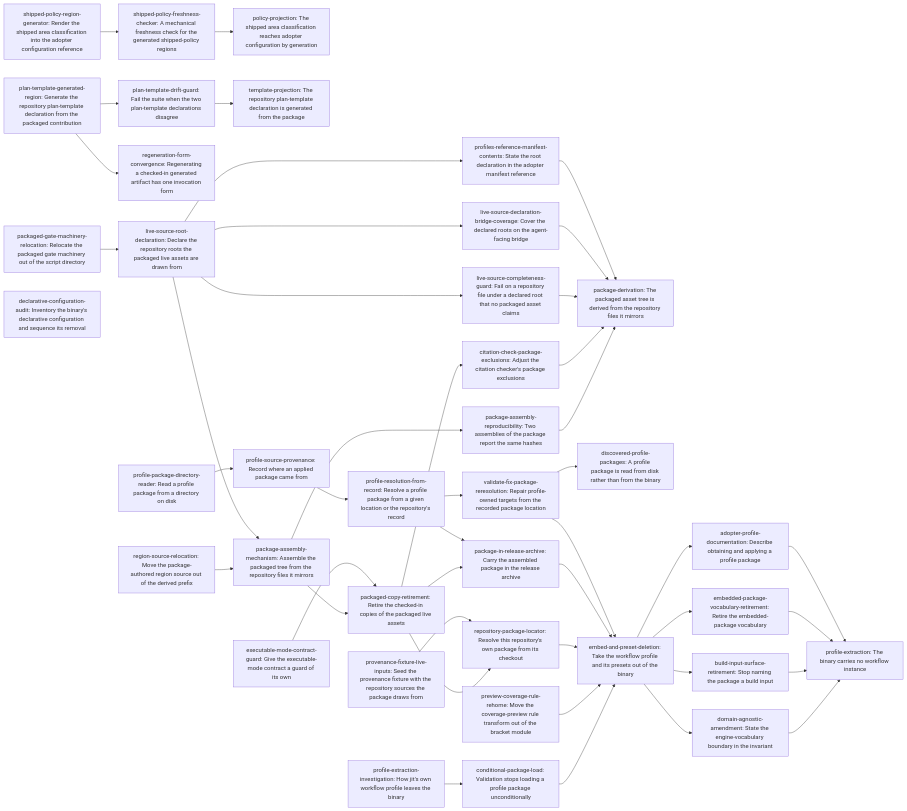
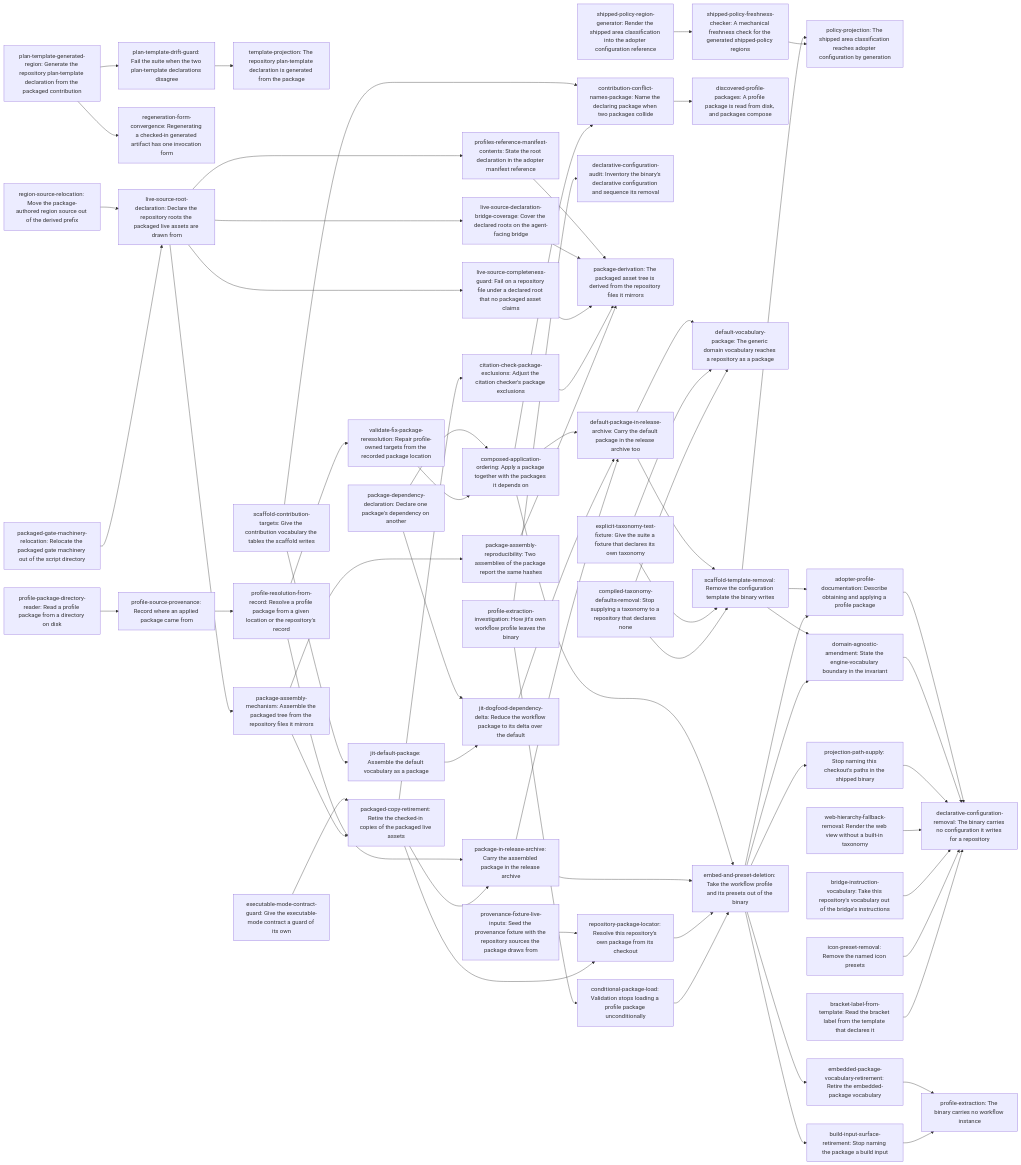
The diagram in dev/active/e204e63d-derived-package-sources/e204e63d-plan.md (erankavija/just-in-time), drawn with Mermaid before and after one commit. The commit also changed other lines of this file and 7 other files, not shown here.

First line of the commit message:
chore(jit:e204e63d): converge the graph on the split-story re-plan

````diff
--- a/dev/active/e204e63d-derived-package-sources/e204e63d-plan.md
+++ b/dev/active/e204e63d-derived-package-sources/e204e63d-plan.md
@@ -311,79 +384,120 @@
     N1["shipped-policy-freshness-checker: A mechanical freshness check for the generated shipped-policy regions"]
     N2["plan-template-generated-region: Generate the repository plan-template declaration from the packaged contribution"]
     N3["plan-template-drift-guard: Fail the suite when the two plan-template declarations disagree"]
-    N4["policy-projection: The shipped area classification reaches adopter configuration by generation"]
-    N5["template-projection: The repository plan-template declaration is generated from the package"]
-    N6["provenance-fixture-live-inputs: Seed the provenance fixture with the repository sources the package draws from"]
-    N7["executable-mode-contract-guard: Give the executable-mode contract a guard of its own"]
+    N4["template-projection: The repository plan-template declaration is generated from the package"]
+    N5["provenance-fixture-live-inputs: Seed the provenance fixture with the repository sources the package draws from"]
+    N6["executable-mode-contract-guard: Give the executable-mode contract a guard of its own"]
+    N7["policy-projection: The shipped area classification reaches adopter configuration by generation"]
     N8["profile-extraction-investigation: How jit's own workflow profile leaves the binary"]
     N9["conditional-package-load: Validation stops loading a profile package unconditionally"]
     N10["packaged-gate-machinery-relocation: Relocate the packaged gate machinery out of the script directory"]
     N11["regeneration-form-convergence: Regenerating a checked-in generated artifact has one invocation form"]
-    N12["region-source-relocation: Move the package-authored region source out of the derived prefix"]
-    N13["live-source-root-declaration: Declare the repository roots the packaged live assets are drawn from"]
-    N14["package-assembly-mechanism: Assemble the packaged tree from the repository files it mirrors"]
-    N15["package-assembly-reproducibility: Two assemblies of the package report the same hashes"]
-    N16["packaged-copy-retirement: Retire the checked-in copies of the packaged live assets"]
-    N17["citation-check-package-exclusions: Adjust the citation checker's package exclusions"]
-    N18["live-source-completeness-guard: Fail on a repository file under a declared root that no packaged asset claims"]
-    N19["live-source-declaration-bridge-coverage: Cover the declared roots on the agent-facing bridge"]
-    N20["profiles-reference-manifest-contents: State the root declaration in the adopter manifest reference"]
-    N21["package-derivation: The packaged asset tree is derived from the repository files it mirrors"]
-    N22["profile-package-directory-reader: Read a profile package from a directory on disk"]
-    N23["profile-source-provenance: Record where an applied package came from"]
-    N24["profile-resolution-from-record: Resolve a profile package from a given location or the repository's record"]
-    N25["validate-fix-package-reresolution: Repair profile-owned targets from the recorded package location"]
-    N26["discovered-profile-packages: A profile package is read from disk rather than from the binary"]
-    N27["preview-coverage-rule-rehome: Move the coverage-preview rule transform out of the bracket module"]
-    N28["repository-package-locator: Resolve this repository's own package from its checkout"]
-    N29["package-in-release-archive: Carry the assembled package in the release archive"]
-    N30["embed-and-preset-deletion: Take the workflow profile and its presets out of the binary"]
-    N31["domain-agnostic-amendment: State the engine-vocabulary boundary in the invariant"]
-    N32["build-input-surface-retirement: Stop naming the package a build input"]
-    N33["embedded-package-vocabulary-retirement: Retire the embedded-package vocabulary"]
-    N34["adopter-profile-documentation: Describe obtaining and applying a profile package"]
-    N35["declarative-configuration-audit: Inventory the binary's declarative configuration and sequence its removal"]
-    N36["profile-extraction: The binary carries no workflow instance"]
+    N12["declarative-configuration-audit: Inventory the binary's declarative configuration and sequence its removal"]
+    N13["region-source-relocation: Move the package-authored region source out of the derived prefix"]
+    N14["live-source-root-declaration: Declare the repository roots the packaged live assets are drawn from"]
+    N15["package-assembly-mechanism: Assemble the packaged tree from the repository files it mirrors"]
+    N16["package-assembly-reproducibility: Two assemblies of the package report the same hashes"]
+    N17["packaged-copy-retirement: Retire the checked-in copies of the packaged live assets"]
+    N18["citation-check-package-exclusions: Adjust the citation checker's package exclusions"]
+    N19["live-source-completeness-guard: Fail on a repository file under a declared root that no packaged asset claims"]
+    N20["live-source-declaration-bridge-coverage: Cover the declared roots on the agent-facing bridge"]
+    N21["profiles-reference-manifest-contents: State the root declaration in the adopter manifest reference"]
+    N22["package-derivation: The packaged asset tree is derived from the repository files it mirrors"]
+    N23["profile-package-directory-reader: Read a profile package from a directory on disk"]
+    N24["profile-source-provenance: Record where an applied package came from"]
+    N25["profile-resolution-from-record: Resolve a profile package from a given location or the repository's record"]
+    N26["validate-fix-package-reresolution: Repair profile-owned targets from the recorded package location"]
+    N27["package-dependency-declaration: Declare one package's dependency on another"]
+    N28["scaffold-contribution-targets: Give the contribution vocabulary the tables the scaffold writes"]
+    N29["composed-application-ordering: Apply a package together with the packages it depends on"]
+    N30["contribution-conflict-names-package: Name the declaring package when two packages collide"]
+    N31["discovered-profile-packages: A profile package is read from disk, and packages compose"]
+    N32["compiled-taxonomy-defaults-removal: Stop supplying a taxonomy to a repository that declares none"]
+    N33["explicit-taxonomy-test-fixture: Give the suite a fixture that declares its own taxonomy"]
+    N34["jit-default-package: Assemble the default vocabulary as a package"]
+    N35["jit-dogfood-dependency-delta: Reduce the workflow package to its delta over the default"]
+    N36["package-in-release-archive: Carry the assembled package in the release archive"]
+    N37["default-package-in-release-archive: Carry the default package in the release archive too"]
+    N38["default-vocabulary-package: The generic domain vocabulary reaches a repository as a package"]
+    N39["repository-package-locator: Resolve this repository's own package from its checkout"]
+    N40["embed-and-preset-deletion: Take the workflow profile and its presets out of the binary"]
+    N41["scaffold-template-removal: Remove the configuration template the binary writes"]
+    N42["bracket-label-from-template: Read the bracket label from the template that declares it"]
+    N43["icon-preset-removal: Remove the named icon presets"]
+    N44["bridge-instruction-vocabulary: Take this repository's vocabulary out of the bridge's instructions"]
+    N45["web-hierarchy-fallback-removal: Render the web view without a built-in taxonomy"]
+    N46["projection-path-supply: Stop naming this checkout's paths in the shipped binary"]
+    N47["domain-agnostic-amendment: State the engine-vocabulary boundary in the invariant"]
+    N48["build-input-surface-retirement: Stop naming the package a build input"]
+    N49["embedded-package-vocabulary-retirement: Retire the embedded-package vocabulary"]
+    N50["adopter-profile-documentation: Describe obtaining and applying a profile package"]
+    N51["profile-extraction: The binary carries no workflow instance"]
+    N52["declarative-configuration-removal: The binary carries no configuration it writes for a repository"]
     N0 --> N1
     N2 --> N3
-    N1 --> N4
-    N3 --> N5
+    N3 --> N4
+    N1 --> N7
+    N41 --> N7
     N8 --> N9
     N2 --> N11
-    N10 --> N13
-    N12 --> N14
+    N8 --> N12
+    N10 --> N14
     N13 --> N14
     N14 --> N15
-    N14 --> N16
-    N7 --> N16
-    N16 --> N17
-    N13 --> N18
-    N13 --> N19
-    N13 --> N20
-    N15 --> N21
-    N17 --> N21
-    N18 --> N21
-    N19 --> N21
-    N20 --> N21
-    N22 --> N23
+    N15 --> N16
+    N15 --> N17
+    N6 --> N17
+    N17 --> N18
+    N14 --> N19
+    N14 --> N20
+    N14 --> N21
+    N16 --> N22
+    N18 --> N22
+    N19 --> N22
+    N20 --> N22
+    N21 --> N22
     N23 --> N24
     N24 --> N25
     N25 --> N26
-    N16 --> N28
-    N6 --> N28
-    N16 --> N29
-    N24 --> N29
-    N9 --> N30
-    N27 --> N30
+    N26 --> N29
+    N27 --> N29
+    N29 --> N30
     N28 --> N30
-    N29 --> N30
-    N25 --> N30
     N30 --> N31
-    N30 --> N32
-    N30 --> N33
-    N30 --> N34
-    N31 --> N36
-    N32 --> N36
-    N33 --> N36
-    N34 --> N36
+    N28 --> N34
+    N34 --> N35
+    N27 --> N35
+    N17 --> N36
+    N25 --> N36
+    N36 --> N37
+    N35 --> N37
+    N29 --> N37
+    N32 --> N38
+    N33 --> N38
+    N37 --> N38
+    N17 --> N39
+    N5 --> N39
+    N9 --> N40
+    N39 --> N40
+    N36 --> N40
+    N29 --> N40
+    N32 --> N41
+    N33 --> N41
+    N37 --> N41
+    N40 --> N46
+    N40 --> N47
+    N41 --> N47
+    N40 --> N48
+    N40 --> N49
+    N40 --> N50
+    N41 --> N50
+    N48 --> N51
+    N49 --> N51
+    N42 --> N52
+    N43 --> N52
+    N44 --> N52
+    N45 --> N52
+    N46 --> N52
+    N47 --> N52
+    N50 --> N52
 ```
````
